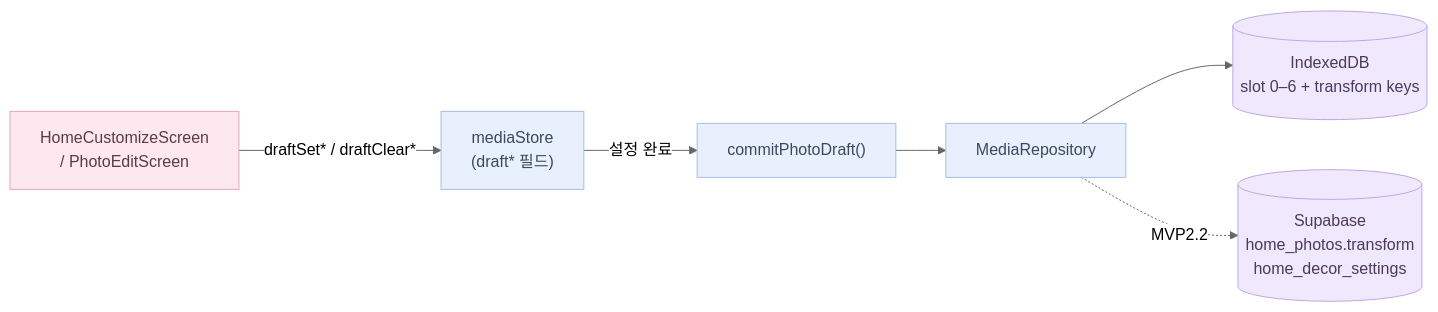
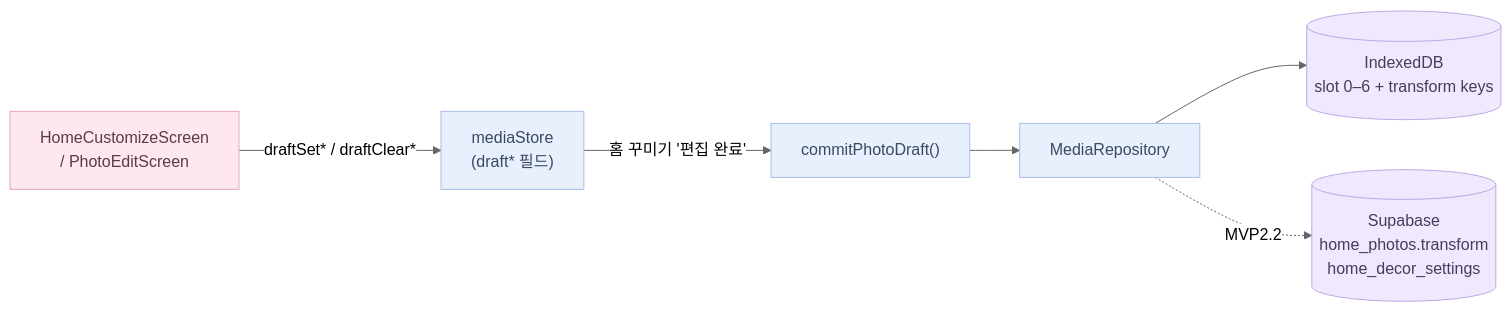
The sixth of 6 diagrams in docs/flows/customize.md (soojjung/dwee-wellness-tracker), drawn with Mermaid (neutral theme) before and after one commit. The commit also changed other lines of this file and 52 other files, not shown here.

````diff
--- a/docs/flows/customize.md
+++ b/docs/flows/customize.md
@@ -159,22 +159,22 @@
 ```mermaid
 flowchart LR
-    Screen[HomeCustomizeScreen\n/ PhotoEditScreen]
+    Screen["HomeCustomizeScreen\n/ PhotoEditScreen"]
     DraftStore["mediaStore\n(draft* 필드)"]
     Commit["commitPhotoDraft()"]
-    Repo[MediaRepository]
-    IDB[(IndexedDB\nslot 0–6 + transform keys)]
-    SB[(Supabase\nhome_photos.transform\nhome_decor_settings)]
+    Repo["MediaRepository"]
+    IDB[("IndexedDB\nslot 0–6 + transform keys")]
+    SB[("Supabase\nhome_photos.transform\nhome_decor_settings")]
 
     Screen -->|"draftSet* / draftClear*"| DraftStore
-    DraftStore -->|"설정 완료"| Commit
+    DraftStore -->|"홈 꾸미기 '편집 완료'"| Commit
     Commit --> Repo
     Repo --> IDB
     Repo -.->|"MVP2.2"| SB
 
     classDef ui fill:#FDE8EF,stroke:#E5A8BD,color:#5C3A4A;
     classDef logic fill:#E8F0FD,stroke:#A8BDE5,color:#3A4A5C;
     classDef db fill:#F0E8FD,stroke:#BDA8E5,color:#4A3A5C;
     class Screen ui;
     class DraftStore,Commit,Repo logic;
     class IDB,SB db;
 ```
````
